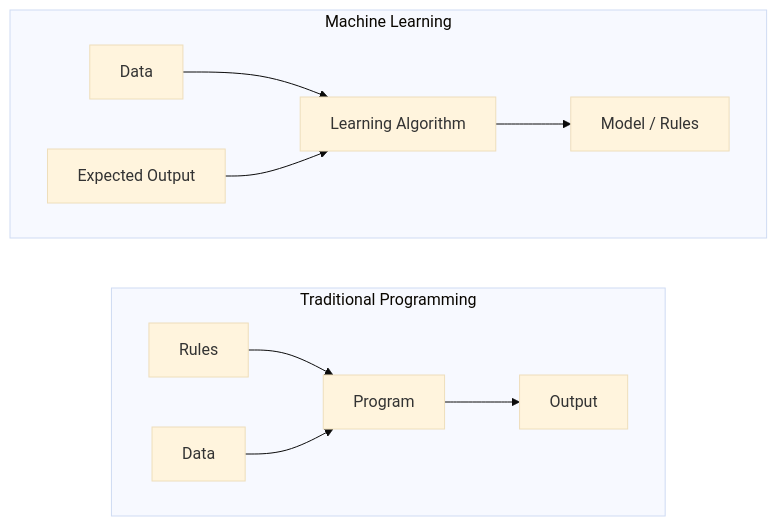
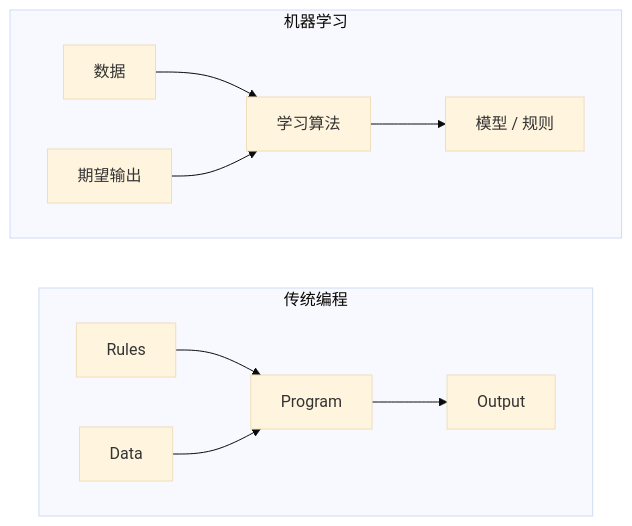
The first of 6 diagrams in phases/02-ml-fundamentals/01-what-is-machine-learning/docs/zh.md (omigaZen/ai-engineering-from-scratch), drawn with Mermaid (base theme) before and after one commit. The commit also changed other lines of this file, not shown here.

Commit message:
feat(phase-02/01): polish what is machine learning text

````diff
--- a/phases/02-ml-fundamentals/01-what-is-machine-learning/docs/zh.md
+++ b/phases/02-ml-fundamentals/01-what-is-machine-learning/docs/zh.md
@@ -31,16 +31,16 @@
 ```mermaid
 flowchart LR
-    subgraph Traditional["Traditional Programming"]
+    subgraph Traditional["传统编程"]
         direction LR
         R[Rules] --> P1[Program]
         D1[Data] --> P1
         P1 --> O1[Output]
     end
 
-    subgraph ML["Machine Learning"]
+    subgraph ML["机器学习"]
         direction LR
-        D2[Data] --> P2[Learning Algorithm]
-        O2[Expected Output] --> P2
-        P2 --> M[Model / Rules]
+        D2[数据] --> P2[学习算法]
+        O2[期望输出] --> P2
+        P2 --> M[模型 / 规则]
     end
 ```
````
